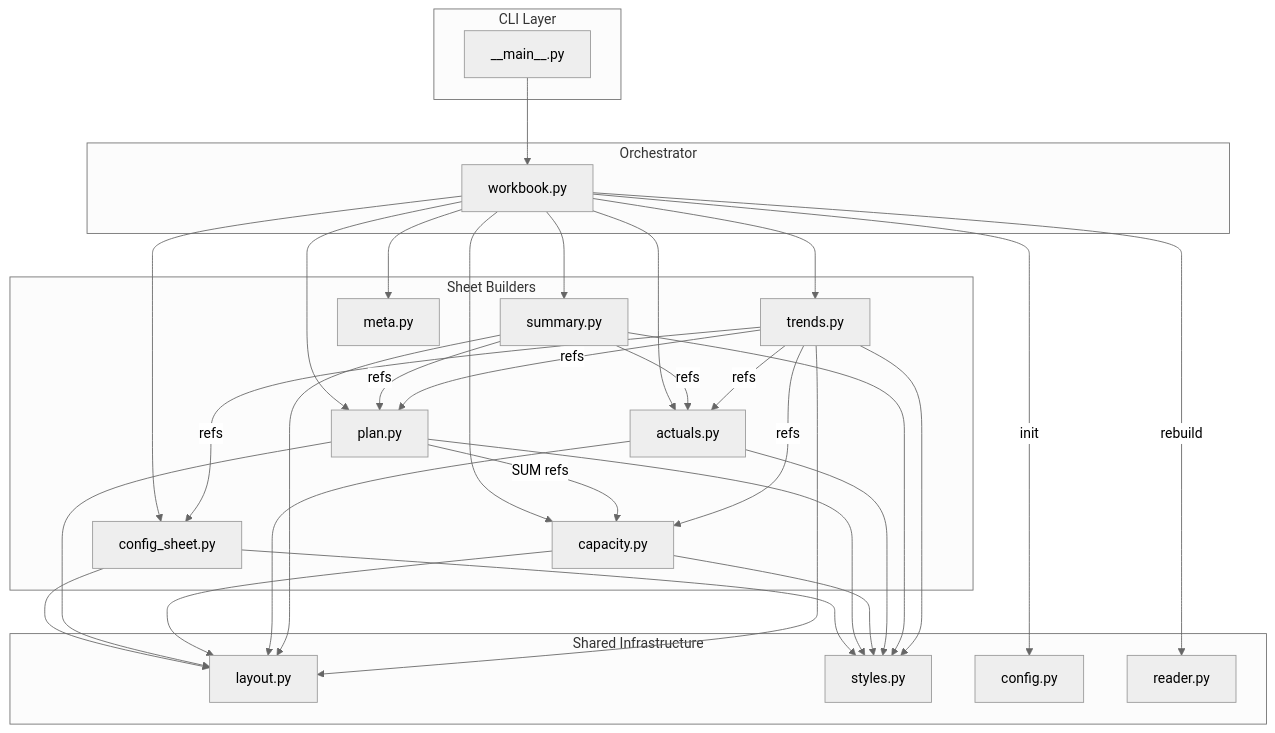
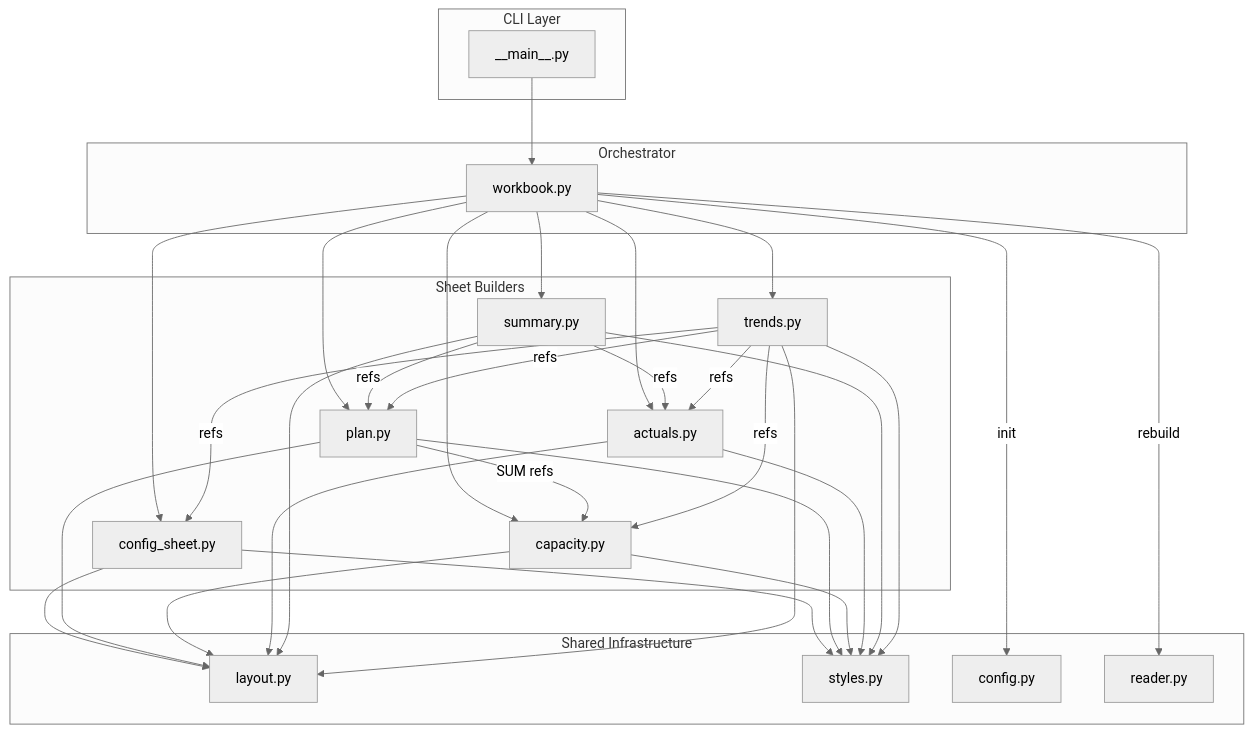
One commit to KristjanHS/budget-planner changed the second of 6 diagrams in docs/architecture.md. Above: the diagram before and after it, drawn with Mermaid (neutral theme). The commit also changed other lines of this file and 5 other files, not shown here.

````diff
--- a/docs/architecture.md
+++ b/docs/architecture.md
@@ -22,25 +22,25 @@
 ```mermaid
 graph TB
   subgraph "CLI Layer"
     CLI["__main__.py"]
   end
   subgraph "Orchestrator"
     WB["workbook.py"]
   end
   subgraph "Sheet Builders"
     CFG_S["config_sheet.py"] & PLAN["plan.py"] & CAP["capacity.py"]
-    ACT["actuals.py"] & SUM["summary.py"] & TRENDS["trends.py"] & META["meta.py"]
+    ACT["actuals.py"] & SUM["summary.py"] & TRENDS["trends.py"]
   end
   subgraph "Shared Infrastructure"
     LAYOUT["layout.py"] & STYLES["styles.py"]
     CONFIG["config.py"] & READER["reader.py"]
   end
   CLI --> WB
-  WB --> CFG_S & PLAN & CAP & ACT & SUM & TRENDS & META
+  WB --> CFG_S & PLAN & CAP & ACT & SUM & TRENDS
   WB -->|"init"| CONFIG
   WB -->|"rebuild"| READER
   CFG_S & PLAN & CAP & ACT & SUM & TRENDS --> LAYOUT & STYLES
   PLAN -->|"SUM refs"| CAP
   SUM -->|"refs"| PLAN & ACT
   TRENDS -->|"refs"| PLAN & ACT & CAP & CFG_S
 ```
````
